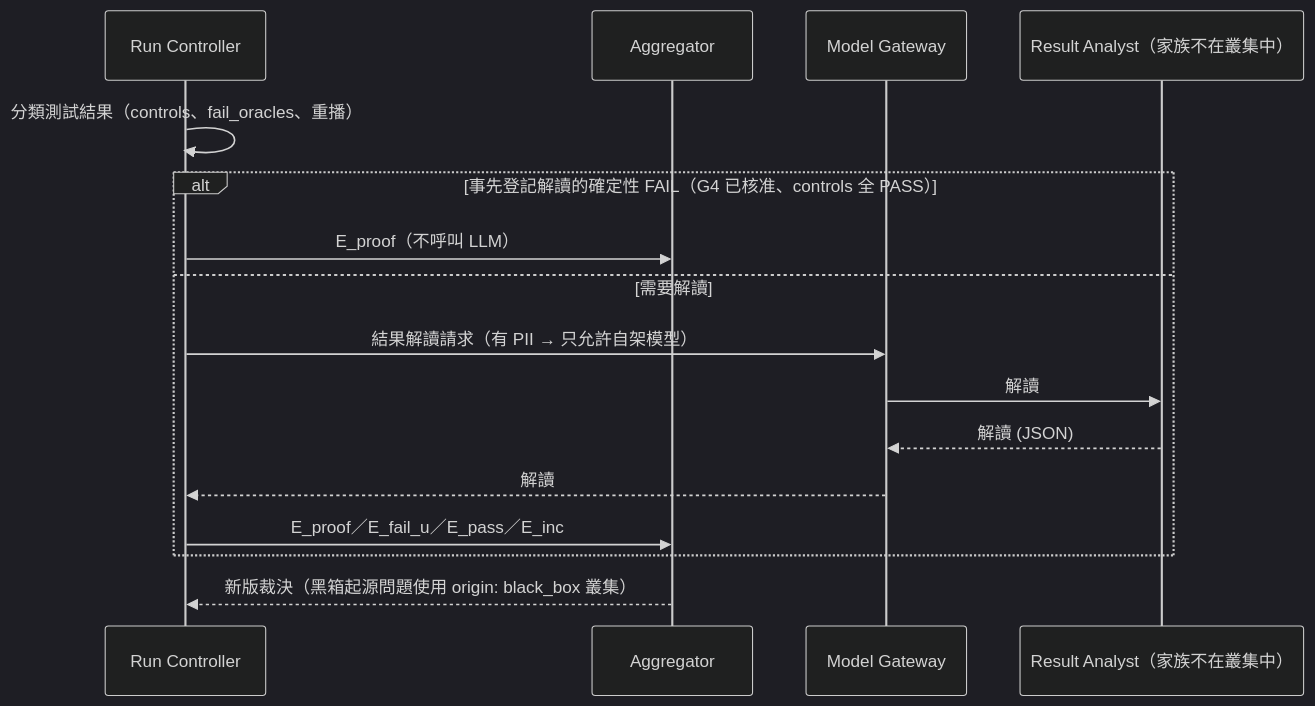
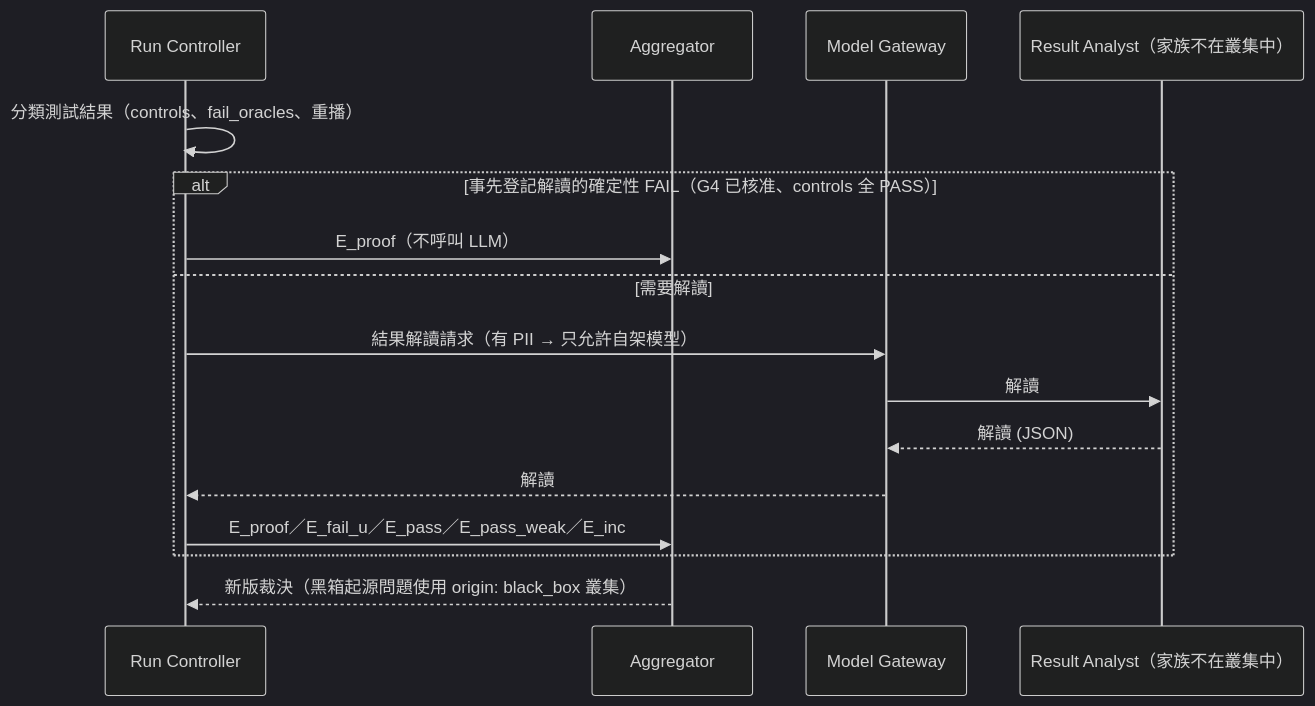
One commit to chinchiang/VibeCheckHarness changed diagram 11 of 11 in docs/03-system-architecture.md. Above: the diagram before and after it, drawn with Mermaid (dark theme). The commit also changed other lines of this file and 94 other files, not shown here.

````diff
--- a/docs/03-system-architecture.md
+++ b/docs/03-system-architecture.md
@@ -1449,18 +1449,18 @@
 ```mermaid
 sequenceDiagram
   participant RC as Run Controller
   participant AGG as Aggregator
   participant GW as Model Gateway
   participant AN as Result Analyst（家族不在叢集中）
   RC->>RC: 分類測試結果（controls、fail_oracles、重播）
   alt 事先登記解讀的確定性 FAIL（G4 已核准、controls 全 PASS）
     RC->>AGG: E_proof（不呼叫 LLM）
   else 需要解讀
     RC->>GW: 結果解讀請求（有 PII → 只允許自架模型）
     GW->>AN: 解讀
     AN-->>GW: 解讀 (JSON)
     GW-->>RC: 解讀
-    RC->>AGG: E_proof／E_fail_u／E_pass／E_inc
+    RC->>AGG: E_proof／E_fail_u／E_pass／E_pass_weak／E_inc
   end
   AGG-->>RC: 新版裁決（黑箱起源問題使用 origin: black_box 叢集）
 ```
````
